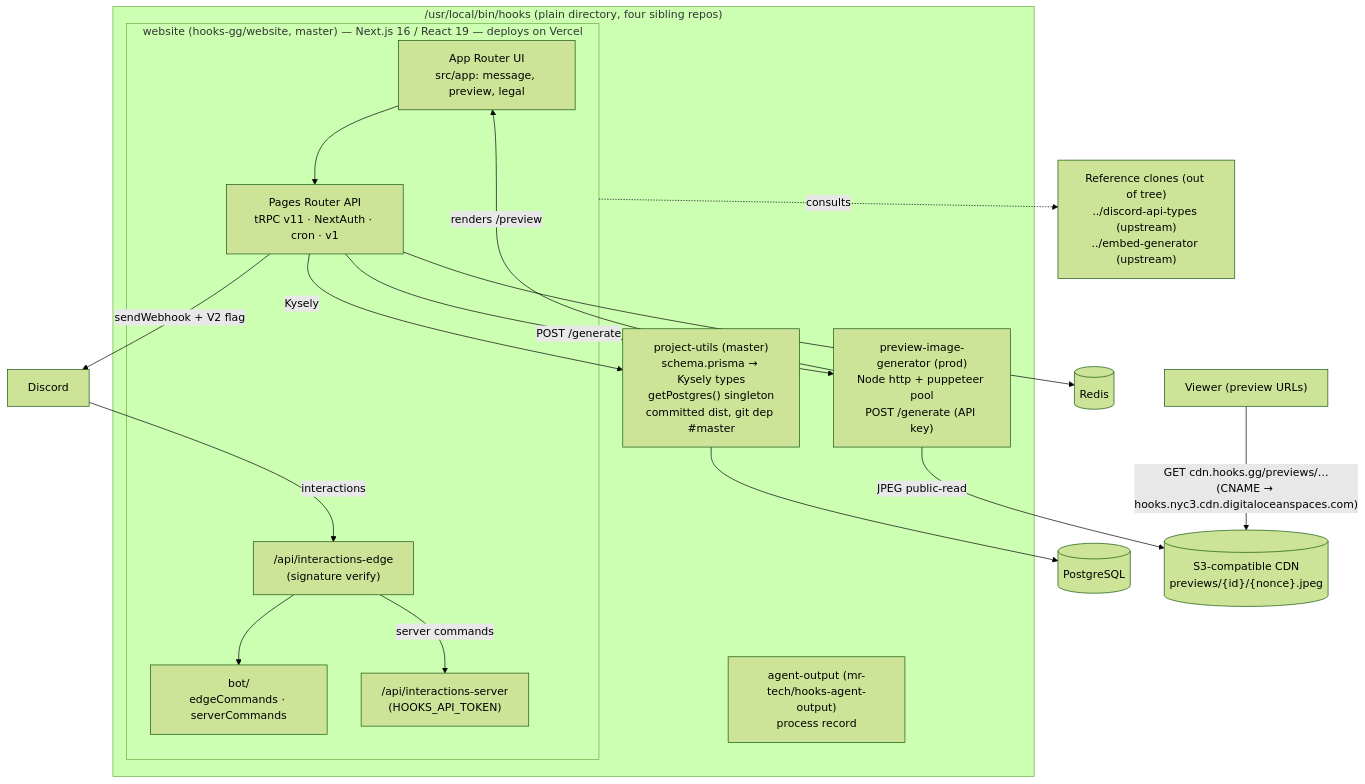
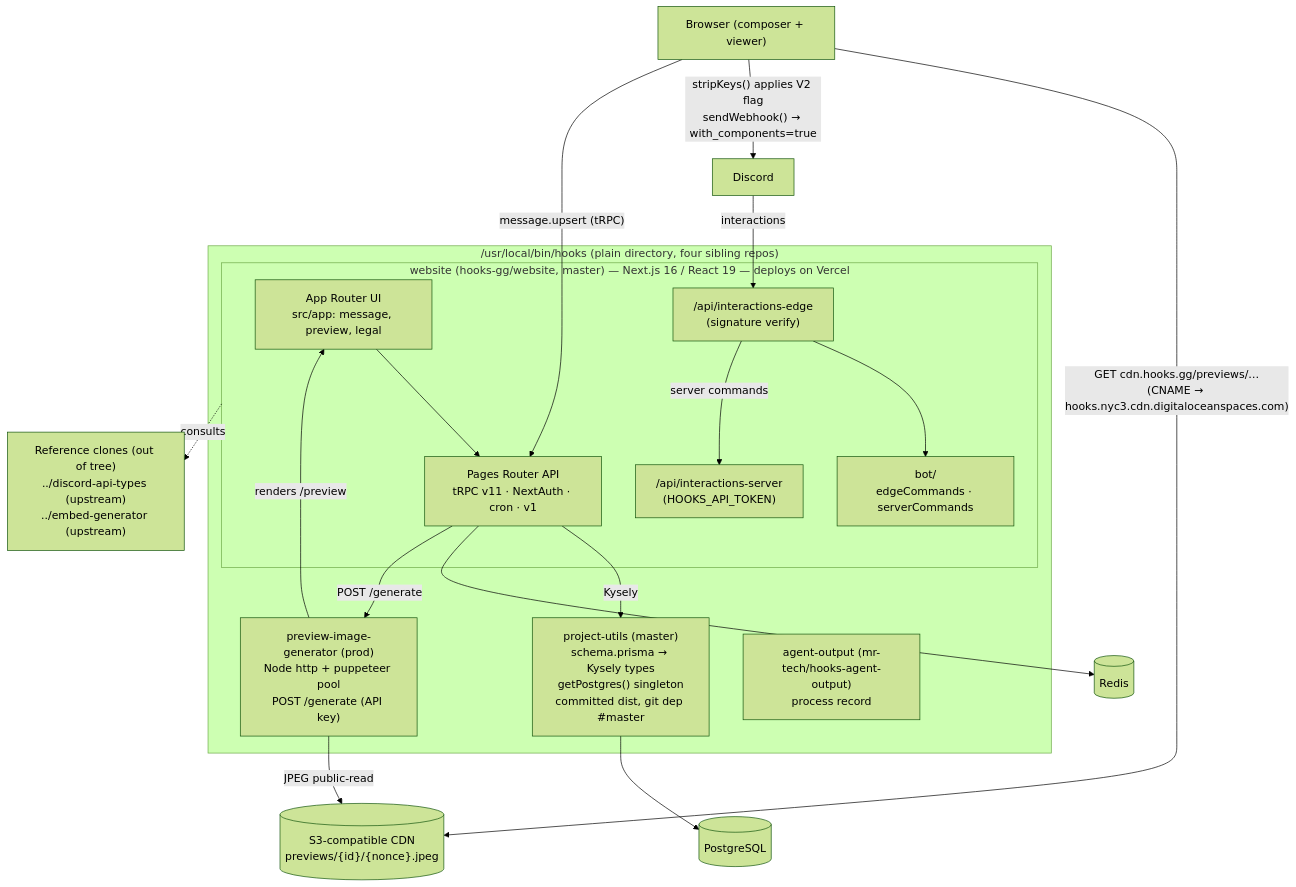
The diagram in architecture/architecture-diagram.mmd (mr-tech/hooks-agent-output), drawn with Mermaid (forest theme) before and after one commit. The commit also changed 1 other file, not shown here.

First paragraph of the commit message:
arch: correct the Data-flow defect and record D-004 "the flag is the mode"
Re-derived against website c85945f, not inherited from the plan.

```diff
--- a/architecture/architecture-diagram.mmd
+++ b/architecture/architecture-diagram.mmd
@@ -1,35 +1,36 @@
-%% Hooks.gg workspace architecture — companion to system-architecture.md (2026-08-23)
+%% Hooks.gg workspace architecture — companion to system-architecture.md (2026-08-24)
 graph TB
     subgraph workspace["/usr/local/bin/hooks (plain directory, four sibling repos)"]
         subgraph website["website (hooks-gg/website, master) — Next.js 16 / React 19 — deploys on Vercel"]
             appui["App Router UI\nsrc/app: message, preview, legal"]
             api["Pages Router API\ntRPC v11 · NextAuth · cron · v1"]
             botmod["bot/\nedgeCommands · serverCommands"]
             edge["/api/interactions-edge\n(signature verify)"]
             srv["/api/interactions-server\n(HOOKS_API_TOKEN)"]
         end
         pu["project-utils (master)\nschema.prisma → Kysely types\ngetPostgres() singleton\ncommitted dist, git dep #master"]
         pig["preview-image-generator (prod)\nNode http + puppeteer pool\nPOST /generate (API key)"]
         ao["agent-output (mr-tech/hooks-agent-output)\nprocess record"]
     end
 
     discord["Discord"]
     pg[("PostgreSQL")]
     redis[("Redis")]
     s3[("S3-compatible CDN\npreviews/{id}/{nonce}.jpeg")]
     refs["Reference clones (out of tree)\n../discord-api-types (upstream)\n../embed-generator (upstream)"]
 
-    browser["Viewer (preview URLs)"]
+    browser["Browser (composer + viewer)"]
     appui --> api
     browser -->|"GET cdn.hooks.gg/previews/…\n(CNAME → hooks.nyc3.cdn.digitaloceanspaces.com)"| s3
     api -->|Kysely| pu
     pu --> pg
     api --> redis
     api -->|"POST /generate"| pig
     pig -->|"renders /preview"| appui
     pig -->|JPEG public-read| s3
     discord -->|interactions| edge
     edge --> botmod
     edge -->|server commands| srv
-    api -->|sendWebhook + V2 flag| discord
+    browser -->|"stripKeys() applies V2 flag\nsendWebhook() → with_components=true"| discord
+    browser -->|"message.upsert (tRPC)"| api
     website -.consults.-> refs
```
